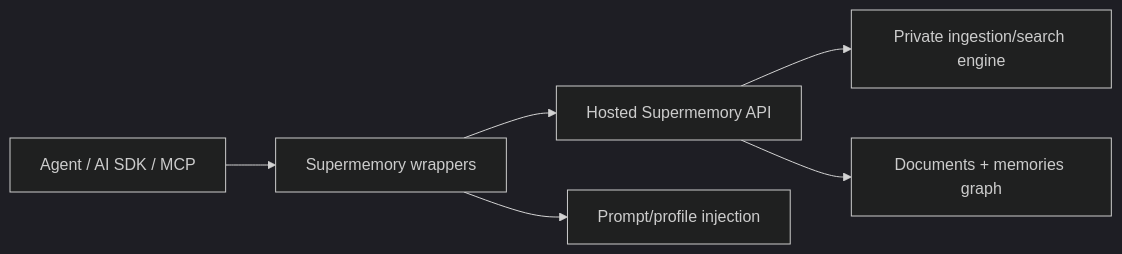
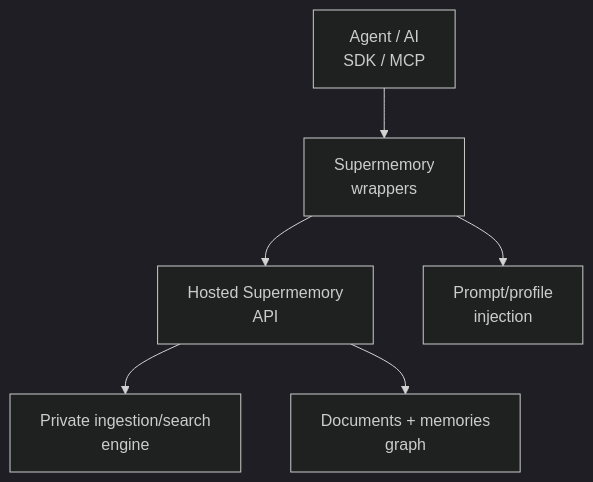
Before and after one commit to neoneye/agent-memory-atlas: the diagram in content/systems/supermemory.md, drawn with Mermaid (dark theme). The commit also changed 99 other files, not shown here.

First line of the commit message:
Reshape the remaining 49 diagrams so their labels are legible

````diff
--- a/content/systems/supermemory.md
+++ b/content/systems/supermemory.md
@@ -79,8 +79,8 @@
 ```mermaid
-flowchart LR
-  Agent["Agent / AI SDK / MCP"] --> Tools["Supermemory wrappers"]
-  Tools --> API["Hosted Supermemory API"]
-  API --> Private["Private ingestion/search engine"]
-  Tools --> Prompt["Prompt/profile injection"]
-  API --> Graph["Documents + memories graph"]
+flowchart TD
+  Agent["Agent / AI<br/>SDK / MCP"] --> Tools["Supermemory<br/>wrappers"]
+  Tools --> API["Hosted Supermemory<br/>API"]
+  API --> Private["Private ingestion/search<br/>engine"]
+  Tools --> Prompt["Prompt/profile<br/>injection"]
+  API --> Graph["Documents + memories<br/>graph"]
 ```
````
